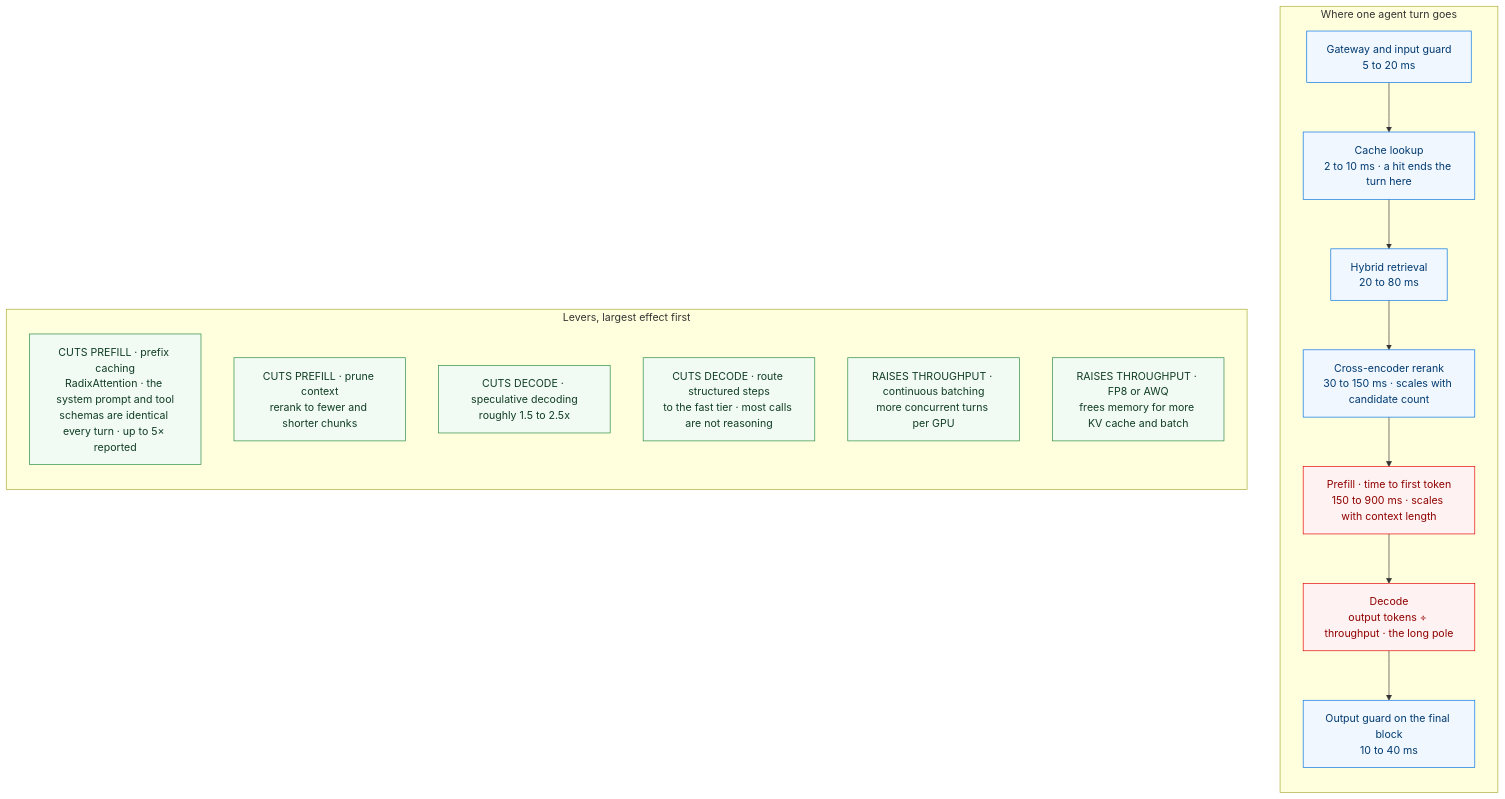
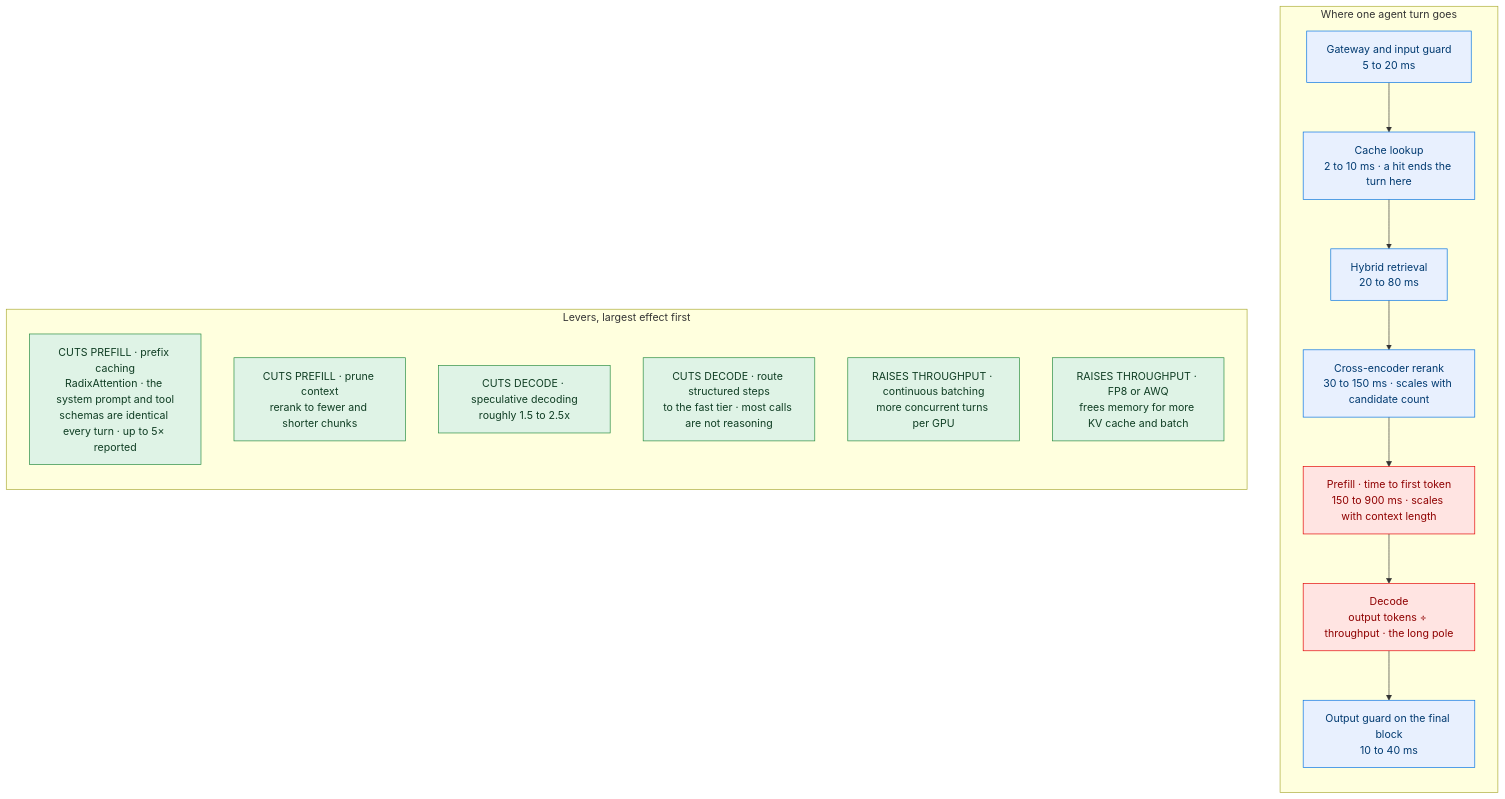
One commit to mlvpatel/open-weight-agent-stack changed diagram 16 of 18 in MANUAL.md. Above: the diagram before and after it, drawn with Mermaid. The commit also changed other lines of this file and 36 other files, not shown here.

First line of the commit message:
feat: render diagrams on Pages, richer palette

````diff
--- a/MANUAL.md
+++ b/MANUAL.md
@@ -1348,33 +1348,33 @@
 ```mermaid
 flowchart TB
     subgraph BUDGET["Where one agent turn goes"]
         direction TB
         L1["Gateway and input guard<br/>5 to 20 ms"]
         L2["Cache lookup<br/>2 to 10 ms · a hit ends the turn here"]
         L3["Hybrid retrieval<br/>20 to 80 ms"]
         L4["Cross-encoder rerank<br/>30 to 150 ms · scales with candidate count"]
         L5["Prefill · time to first token<br/>150 to 900 ms · scales with context length"]
         L6["Decode<br/>output tokens ÷ throughput · the long pole"]
         L7["Output guard on the final block<br/>10 to 40 ms"]
     end
 
     subgraph LEVERS["Levers, largest effect first"]
         direction TB
         V1["CUTS PREFILL · prefix caching<br/>RadixAttention · the system prompt and tool<br/>schemas are identical every turn · up to 5× reported"]
         V5["CUTS PREFILL · prune context<br/>rerank to fewer and shorter chunks"]
         V3["CUTS DECODE · speculative decoding<br/>roughly 1.5 to 2.5x"]
         V6["CUTS DECODE · route structured steps<br/>to the fast tier · most calls are not reasoning"]
         V2["RAISES THROUGHPUT · continuous batching<br/>more concurrent turns per GPU"]
         V4["RAISES THROUGHPUT · FP8 or AWQ<br/>frees memory for more KV cache and batch"]
     end
 
     L1 --> L2 --> L3 --> L4 --> L5 --> L6 --> L7
 
-    classDef step fill:#f0f7ff,stroke:#0071e3,color:#003a70
-    classDef hot fill:#fff2f2,stroke:#e30000,color:#8f0000
-    classDef lever fill:#f2faf4,stroke:#248a3d,color:#0f3d23
+    classDef step fill:#e8f0fe,stroke:#0071e3,color:#003a70
+    classDef hot fill:#ffe4e2,stroke:#e30000,color:#8f0000
+    classDef lever fill:#dff3e6,stroke:#248a3d,color:#0f3d23
 
     class L1,L2,L3,L4,L7 step
     class L5,L6 hot
     class V1,V2,V3,V4,V5,V6 lever
 ```
````
